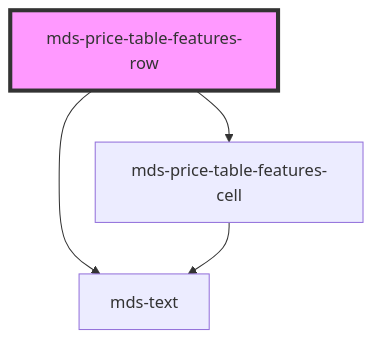
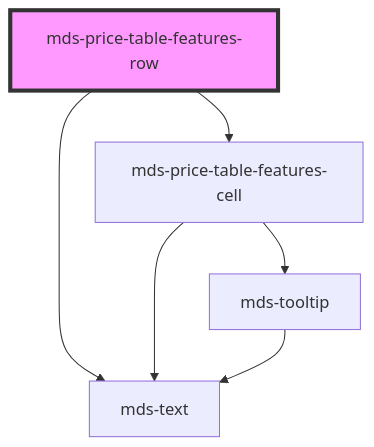
One commit to magma-design-system/magma changed the diagram in projects/stencil/src/components/mds-price-table-features-row/readme.md. Above: the diagram before and after it, drawn with Mermaid. The commit also changed 2 other files, not shown here.

````diff
--- a/projects/stencil/src/components/mds-price-table-features-row/readme.md
+++ b/projects/stencil/src/components/mds-price-table-features-row/readme.md
@@ -30,7 +30,9 @@
 ```mermaid
 graph TD;
   mds-price-table-features-row --> mds-price-table-features-cell
   mds-price-table-features-row --> mds-text
   mds-price-table-features-cell --> mds-text
+  mds-price-table-features-cell --> mds-tooltip
+  mds-tooltip --> mds-text
   style mds-price-table-features-row fill:#f9f,stroke:#333,stroke-width:4px
 ```
````
